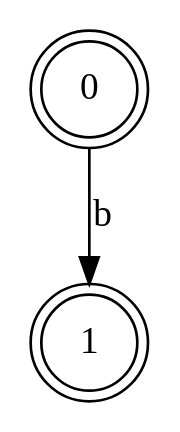
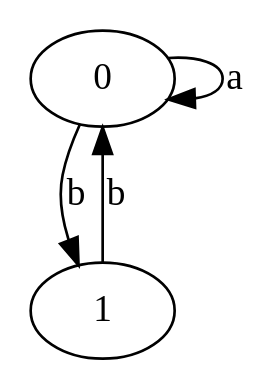
The diagram in test-output/round-table.gv (alirezahi/Finite-State-Machine), drawn with Graphviz before and after one commit. The commit also changed 3 other files, not shown here.

```diff
--- a/test-output/round-table.gv
+++ b/test-output/round-table.gv
@@ -1,6 +1,8 @@
 // The Round Table
 digraph {
-	0 [label=0 shape=doublecircle]
+	0 [label=0]
+		0 -> 0 [label=a]
 		0 -> 1 [label=b]
-	1 [label=1 shape=doublecircle]
+	1 [label=1]
+		1 -> 0 [label=b]
 }
```
